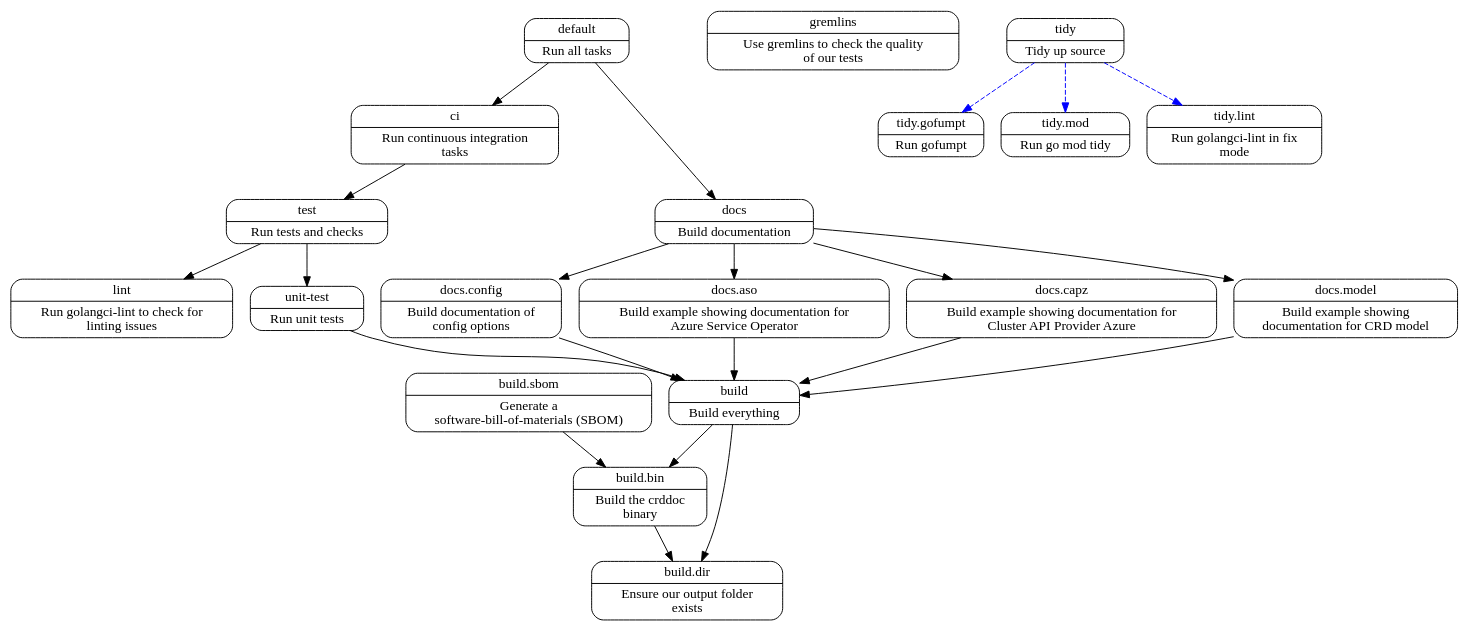
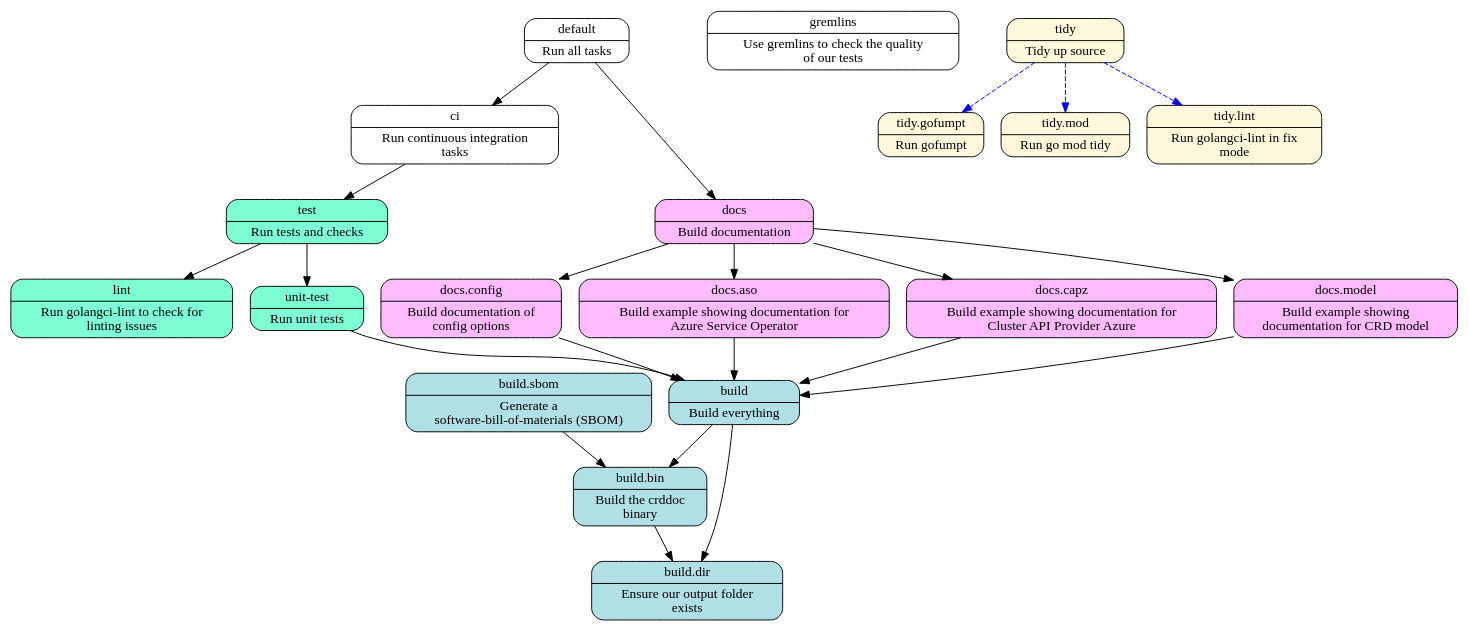
Before and after one commit to theunrepentantgeek/task-graph: the diagram in samples/crddoc.dot, drawn with Graphviz. The commit also changed 9 other files, not shown here.

```diff
--- a/samples/crddoc.dot
+++ b/samples/crddoc.dot
@@ -1,8 +1,10 @@
 digraph {
   "build" [
     color="black"
+    fillcolor="powderblue"
     label="{build | Build everything}"
     shape="Mrecord"
+    style="filled"
   ]
   "build" -> "build.bin" [
     color="black"
@@ -17,8 +19,10 @@
   
   "build.bin" [
     color="black"
+    fillcolor="powderblue"
     label="{build.bin | Build the crddoc \nbinary}"
     shape="Mrecord"
+    style="filled"
   ]
   "build.bin" -> "build.dir" [
     color="black"
@@ -28,14 +32,18 @@
   
   "build.dir" [
     color="black"
+    fillcolor="powderblue"
     label="{build.dir | Ensure our output folder \nexists}"
     shape="Mrecord"
+    style="filled"
   ]
   
   "build.sbom" [
     color="black"
+    fillcolor="powderblue"
     label="{build.sbom | Generate a \nsoftware-bill-of-materials (SBOM)}"
     shape="Mrecord"
+    style="filled"
   ]
   "build.sbom" -> "build.bin" [
     color="black"
@@ -72,8 +80,10 @@
   
   "docs" [
     color="black"
+    fillcolor="plum1"
     label="{docs | Build documentation}"
     shape="Mrecord"
+    style="filled"
   ]
   "docs" -> "docs.config" [
     color="black"
@@ -98,8 +108,10 @@
   
   "docs.aso" [
     color="black"
+    fillcolor="plum1"
     label="{docs.aso | Build example showing documentation for \nAzure Service Operator}"
     shape="Mrecord"
+    style="filled"
   ]
   "docs.aso" -> "build" [
     color="black"
@@ -109,8 +121,10 @@
   
   "docs.capz" [
     color="black"
+    fillcolor="plum1"
     label="{docs.capz | Build example showing documentation for \nCluster API Provider Azure}"
     shape="Mrecord"
+    style="filled"
   ]
   "docs.capz" -> "build" [
     color="black"
@@ -120,8 +134,10 @@
   
   "docs.config" [
     color="black"
+    fillcolor="plum1"
     label="{docs.config | Build documentation of \nconfig options}"
     shape="Mrecord"
+    style="filled"
   ]
   "docs.config" -> "build" [
     color="black"
@@ -131,8 +147,10 @@
   
   "docs.model" [
     color="black"
+    fillcolor="plum1"
     label="{docs.model | Build example showing \ndocumentation for CRD model}"
     shape="Mrecord"
+    style="filled"
   ]
   "docs.model" -> "build" [
     color="black"
@@ -148,14 +166,18 @@
   
   "lint" [
     color="black"
+    fillcolor="aquamarine"
     label="{lint | Run golangci-lint to check for \nlinting issues}"
     shape="Mrecord"
+    style="filled"
   ]
   
   "test" [
     color="black"
+    fillcolor="aquamarine"
     label="{test | Run tests and checks}"
     shape="Mrecord"
+    style="filled"
   ]
   "test" -> "unit-test" [
     color="black"
@@ -170,8 +192,10 @@
   
   "tidy" [
     color="black"
+    fillcolor="cornsilk"
     label="{tidy | Tidy up source}"
     shape="Mrecord"
+    style="filled"
   ]
   "tidy" -> "tidy.gofumpt" [
     color="blue"
@@ -191,30 +215,39 @@
   
   "tidy.gofumpt" [
     color="black"
+    fillcolor="cornsilk"
     label="{tidy.gofumpt | Run gofumpt}"
     shape="Mrecord"
+    style="filled"
   ]
   
   "tidy.lint" [
     color="black"
+    fillcolor="cornsilk"
     label="{tidy.lint | Run golangci-lint in fix \nmode}"
     shape="Mrecord"
+    style="filled"
   ]
   
   "tidy.mod" [
     color="black"
+    fillcolor="cornsilk"
     label="{tidy.mod | Run go mod tidy}"
     shape="Mrecord"
+    style="filled"
   ]
   
   "unit-test" [
     color="black"
+    fillcolor="aquamarine"
     label="{unit-test | Run unit tests}"
     shape="Mrecord"
+    style="filled"
   ]
   "unit-test" -> "build" [
     color="black"
     penwidth="1"
     style="solid"
   ]
+  
 }
```
